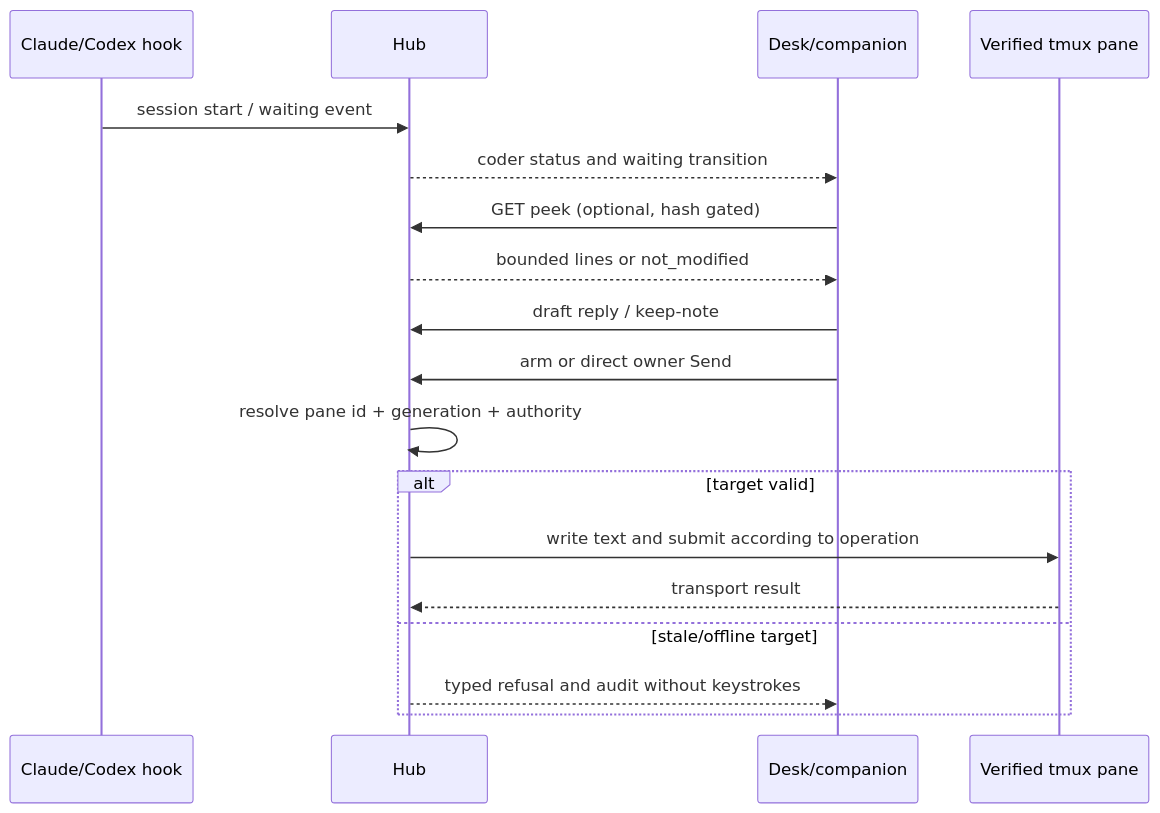
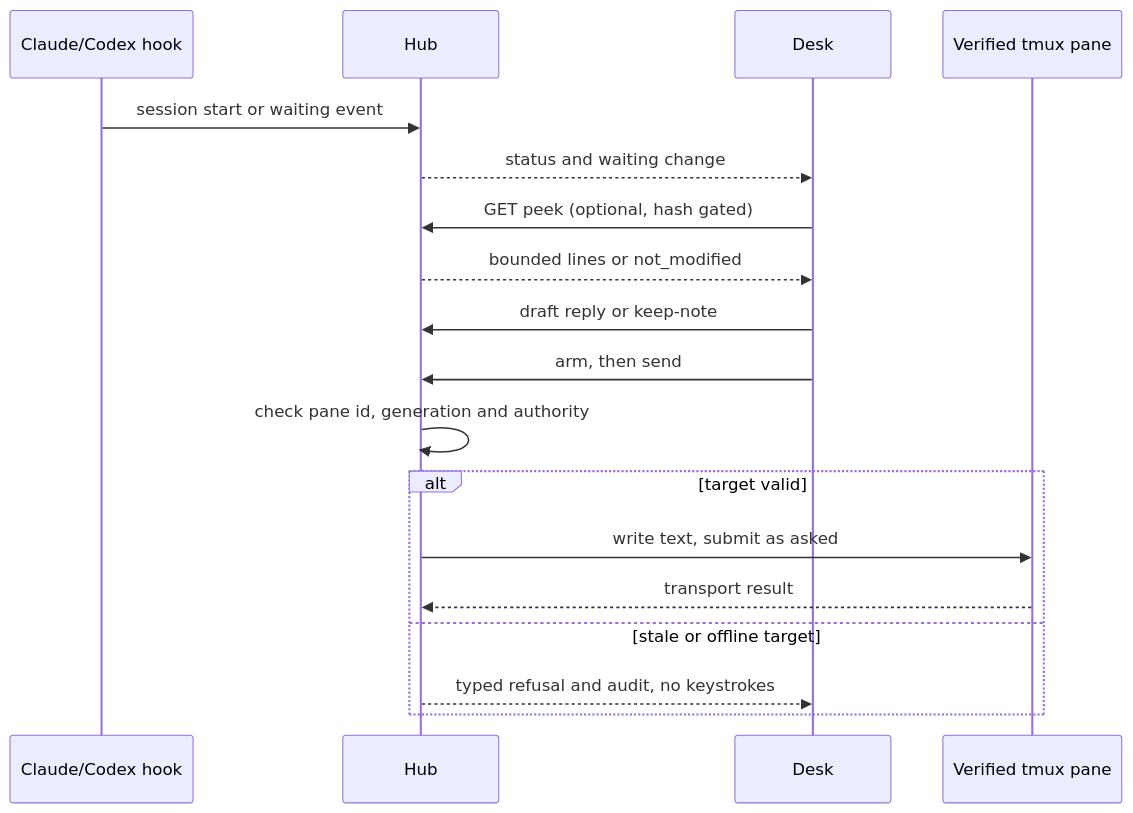
The diagram in docs/CODER_INTEGRATION.md (karolswdev/HoldSpeak), drawn with Mermaid before and after one commit. The commit also changed other lines of this file and 66 other files, not shown here.

````diff
--- a/docs/CODER_INTEGRATION.md
+++ b/docs/CODER_INTEGRATION.md
@@ -47,20 +53,20 @@
 ```mermaid
 sequenceDiagram
     participant C as Claude/Codex hook
     participant H as Hub
-    participant D as Desk/companion
+    participant D as Desk
     participant P as Verified tmux pane
-    C->>H: session start / waiting event
-    H-->>D: coder status and waiting transition
+    C->>H: session start or waiting event
+    H-->>D: status and waiting change
     D->>H: GET peek (optional, hash gated)
     H-->>D: bounded lines or not_modified
-    D->>H: draft reply / keep-note
-    D->>H: arm or direct owner Send
-    H->>H: resolve pane id + generation + authority
+    D->>H: draft reply or keep-note
+    D->>H: arm, then send
+    H->>H: check pane id, generation and authority
     alt target valid
-        H->>P: write text and submit according to operation
+        H->>P: write text, submit as asked
         P-->>H: transport result
-    else stale/offline target
-        H-->>D: typed refusal and audit without keystrokes
+    else stale or offline target
+        H-->>D: typed refusal and audit, no keystrokes
     end
 ```
````
